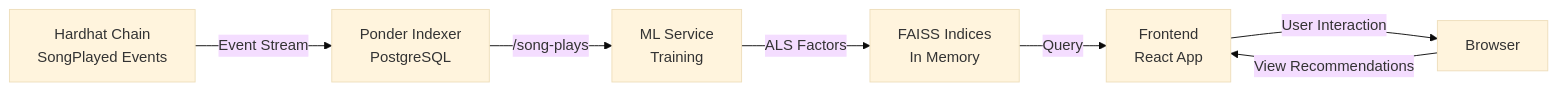
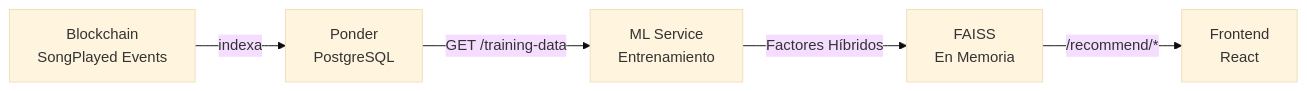
Before and after one commit to wave3org/wave3: the first of 6 diagrams in docs/RECOMMENDATION_SYSTEM.md, drawn with Mermaid (base theme). The commit also changed other lines of this file and 1 other file, not shown here.

Commit message:
docs: Update recommendation system documentation to clarify hybrid model approach and flow

````diff
--- a/docs/RECOMMENDATION_SYSTEM.md
+++ b/docs/RECOMMENDATION_SYSTEM.md
@@ -14,9 +13,7 @@
 ```mermaid
 graph LR
-    A["Hardhat Chain<br/>SongPlayed Events"] -->|Event Stream| B["Ponder Indexer<br/>PostgreSQL"]
-    B -->|/song-plays| C["ML Service<br/>Training"]
-    C -->|ALS Factors| D["FAISS Indices<br/>In Memory"]
-    D -->|Query| E["Frontend<br/>React App"]
-    E -->|User Interaction| F["Browser"]
-    F -->|View Recommendations| E
+    A["Blockchain<br/>SongPlayed Events"] -->|indexa| B["Ponder<br/>PostgreSQL"]
+    B -->|GET /training-data| C["ML Service<br/>Entrenamiento"]
+    C -->|Factores Híbridos| D["FAISS<br/>En Memoria"]
+    D -->|/recommend/*| E["Frontend<br/>React"]
 ```
````
